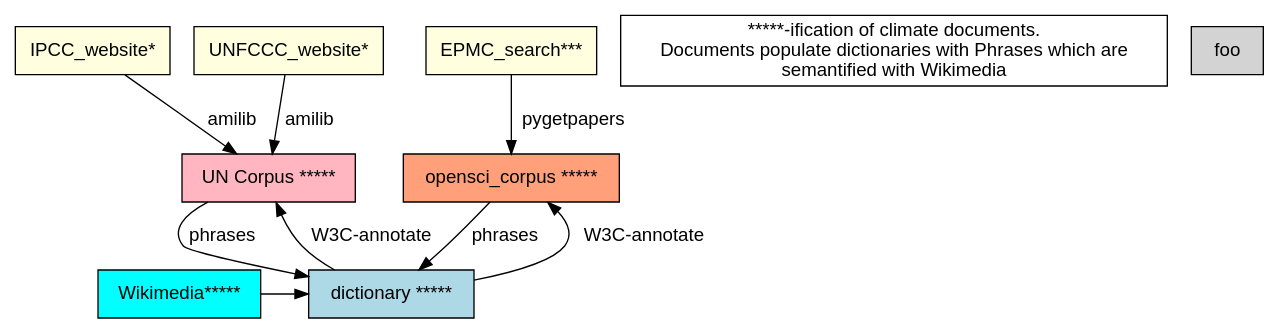
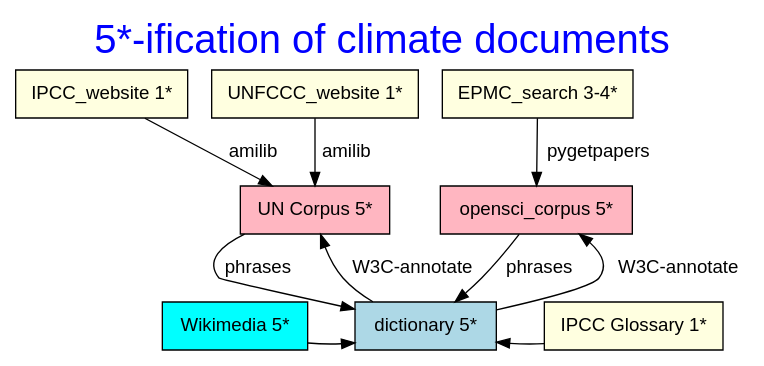
The diagram in graphviz/architecture.dot (petermr/amilib), drawn with Graphviz before and after one commit. The commit also changed 1 other file, not shown here.

Commit message:
added graphviz diagram

```diff
--- a/graphviz/architecture.dot
+++ b/graphviz/architecture.dot
@@ -1,53 +1,65 @@
 digraph SemanticTools {
 
 	compound=true;
+
 	
     // Define node styles
     node [shape=box style=filled fontname="Helvetica"];
     edge [shape=box style=filled fontname="Helvetica"];
 	
+	label     = "5*-ification of climate documents"	   
+	labelloc  =  t // t: Place the graph's title on top.
+	fontsize  = 30 // Make title stand out by giving a large font size
+	fontcolor = blue
+	fontname = "Helvetica"
+	
     // Overall graph layout direction
     rankdir=TB;  // Top to Bottom direction (default)
     // Nodes with specific labels
-    EPMC_search [label="EPMC_search***" fillcolor=lightyellow];
-    IPCC_website [label="IPCC_website*" fillcolor=lightyellow];
-    UNFCCC_website [label="UNFCCC_website*" fillcolor=lightyellow];
-    Wikimedia [label="Wikimedia*****" fillcolor=cyan];
+    EPMC_search [label="EPMC_search 3-4*" fillcolor=lightyellow];
+    IPCC_website [label="IPCC_website 1*" fillcolor=lightyellow];
+    UNFCCC_website [label="UNFCCC_website 1*" fillcolor=lightyellow];
+    Wikimedia [label="Wikimedia 5*" fillcolor=cyan];
+	IPCCGlossary [label="IPCC Glossary 1*" fillcolor=lightyellow];
     
     // Define edges
     UN_corpus -> dictionary [label="phrases   " color=black];
     dictionary -> UN_corpus [label=" W3C-annotate" color=black];
     open_science_corpus -> dictionary [label="phrases   " color=black];
     dictionary -> open_science_corpus [label="  W3C-annotate" color=black];
-	Wikimedia -> dictionary
+	Wikimedia -> dictionary;
     EPMC_search -> open_science_corpus [label=" pygetpapers" color=black];
     IPCC_website -> UN_corpus [label=" amilib" color=black];
     UNFCCC_website -> UN_corpus [label=" amilib" color=black];
+    IPCCGlossary -> dictionary;
     
-        // Subgraph to control the order of IPCC_corpus and open_science_corpus
+    // Subgraph to control the order of IPCC_corpus and open_science_corpus
     { rank=same; color=cyan UN_corpus; open_science_corpus; }
     
     // Subgraph to control the order of IPCC_website and EPMC_search
     { rank=same; IPCC_website; UNFCCC_website; EPMC_search; }
     
     // Adding invisible edges to control horizontal ordering
     UN_corpus -> open_science_corpus [style=invis];
 	
-    { rank=same; dictionary; Wikimedia;}
+    { rank=same; dictionary; Wikimedia; IPCCGlossary;}
+	 Wikimedia -> dictionary -> IPCCGlossary [style=invis];
 
-	titlex [label="*****-ification of climate documents.
+	subgraph {label="
 Documents populate dictionaries with Phrases which are
-semantified with Wikimedia" fillcolor=white]
+semantified with Wikimedia"
+    labelloc  =  b // b: Place the graph's title at bottom.
+    fontsize  = 20 // Make title stand out by giving a large font size
+    fontcolor = lightblue}
 
-    {rank=same; foo; titlex;}
-		
+
 
 	subgraph cluster_0 {
-		    dictionary [label="dictionary *****" fillcolor=lightblue];
-		    open_science_corpus [label="opensci_corpus *****" fillcolor=lightsalmon];
-		    UN_corpus [label="UN Corpus *****" fillcolor=lightpink];
+		    dictionary [label="dictionary 5*" fillcolor=lightblue];
+		    open_science_corpus [label="opensci_corpus 5*" fillcolor=lightpink];
+		    UN_corpus [label="UN Corpus 5*" fillcolor=lightpink];
 
 	}
 		
 	
 }
```
